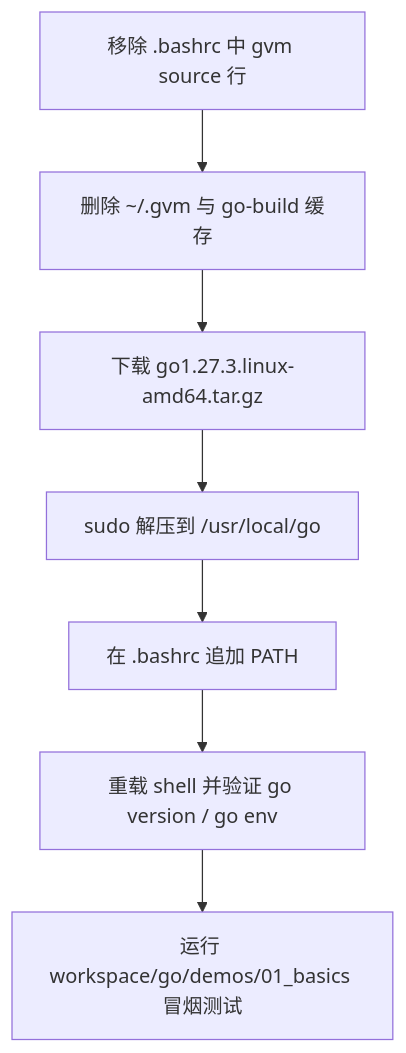
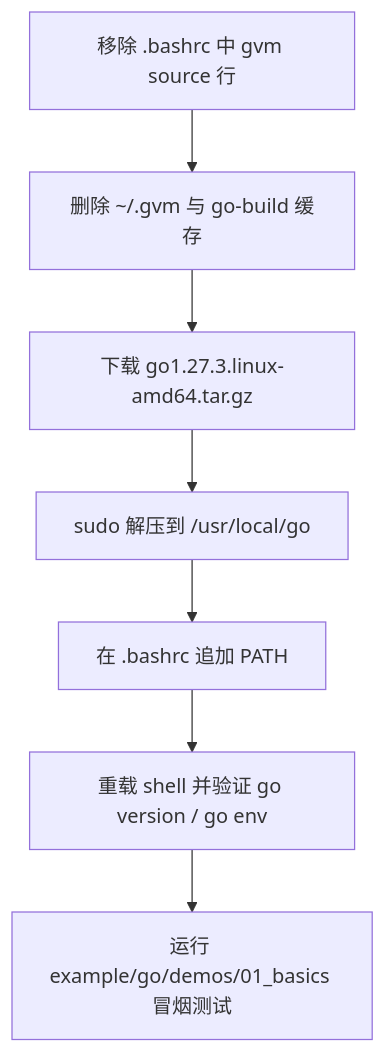
The diagram in hiduck/plan/2026-10-22-清理gvm并安装官方Go.md (HiRidgewalker/ridgewalker-softwalker-notebook), drawn with Mermaid before and after one commit. The commit also changed other lines of this file and 145 other files, not shown here.

First line of the commit message:
refactor: 将 workspace 目录重命名为 example

````diff
--- a/hiduck/plan/2026-10-22-清理gvm并安装官方Go.md
+++ b/hiduck/plan/2026-10-22-清理gvm并安装官方Go.md
@@ -91,9 +91,9 @@
 ```mermaid
 flowchart TD
     a["移除 .bashrc 中 gvm source 行"] --> b["删除 ~/.gvm 与 go-build 缓存"]
     b --> c["下载 go1.27.3.linux-amd64.tar.gz"]
     c --> d["sudo 解压到 /usr/local/go"]
     d --> e["在 .bashrc 追加 PATH"]
     e --> f["重载 shell 并验证 go version / go env"]
-    f --> g["运行 workspace/go/demos/01_basics 冒烟测试"]
+    f --> g["运行 example/go/demos/01_basics 冒烟测试"]
 ```
````
